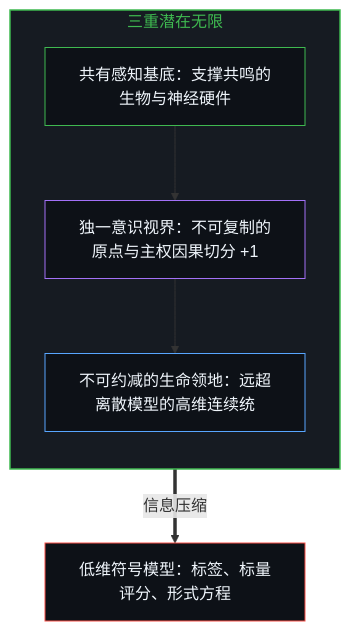
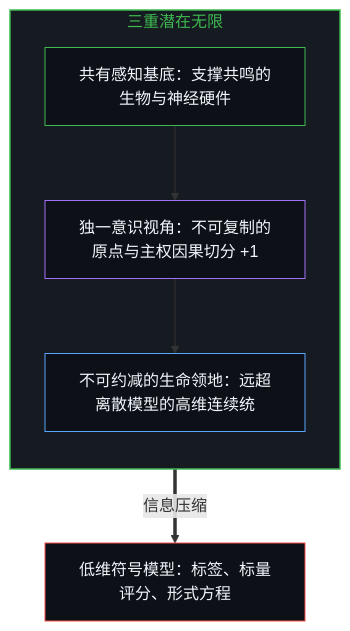
One commit to powerpig99/not-a-toe changed the first of 10 diagrams in content/posts/the-shadow-and-the-infinite.md. Above: the diagram before and after it, drawn with Mermaid. The commit also changed other lines of this file and 13 other files, not shown here.

````diff
--- a/content/posts/the-shadow-and-the-infinite.md
+++ b/content/posts/the-shadow-and-the-infinite.md
@@ -25,18 +25,18 @@
 ```mermaid
 flowchart TD
     subgraph ThreefoldInfinity["三重潜在无限"]
         direction TB
         SubstrateFold["共有感知基底：支撑共鸣的生物与神经硬件"]
-        PerspectiveFold["独一意识视界：不可复制的原点与主权因果切分 +1"]
+        PerspectiveFold["独一意识视角：不可复制的原点与主权因果切分 +1"]
         TerritoryFold["不可约减的生命领地：远超离散模型的高维连续统"]
         SubstrateFold --> PerspectiveFold
         PerspectiveFold --> TerritoryFold
     end
     LowDModel["低维符号模型：标签、标量评分、形式方程"]
     TerritoryFold ==>|"信息压缩"| LowDModel
     style ThreefoldInfinity fill:#161b22,stroke:#3fb950,stroke-width:1.5px,color:#3fb950
     style SubstrateFold fill:#0d1117,stroke:#3fb950,stroke-width:1px,color:#f0f6fc
     style PerspectiveFold fill:#0d1117,stroke:#a371f7,stroke-width:1px,color:#f0f6fc
     style TerritoryFold fill:#0d1117,stroke:#58a6ff,stroke-width:1px,color:#f0f6fc
     style LowDModel fill:#0d1117,stroke:#f85149,stroke-width:1px,color:#f0f6fc
 ```
````
